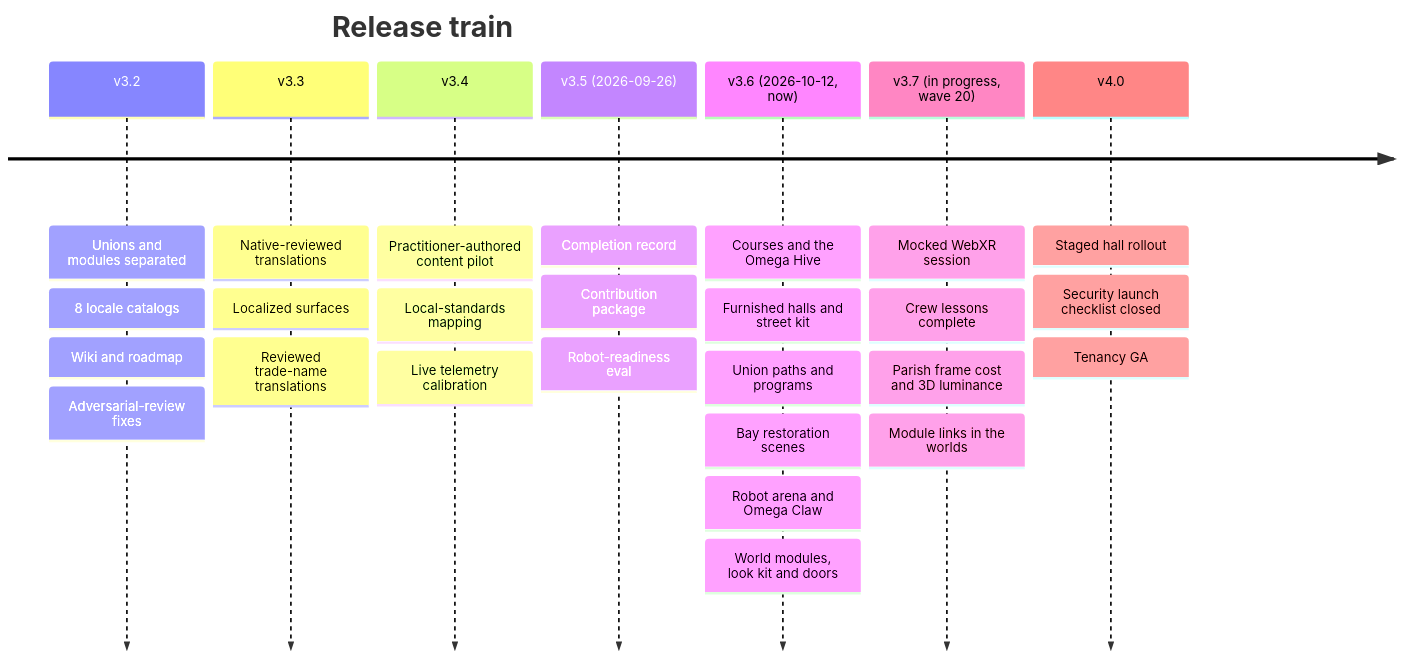
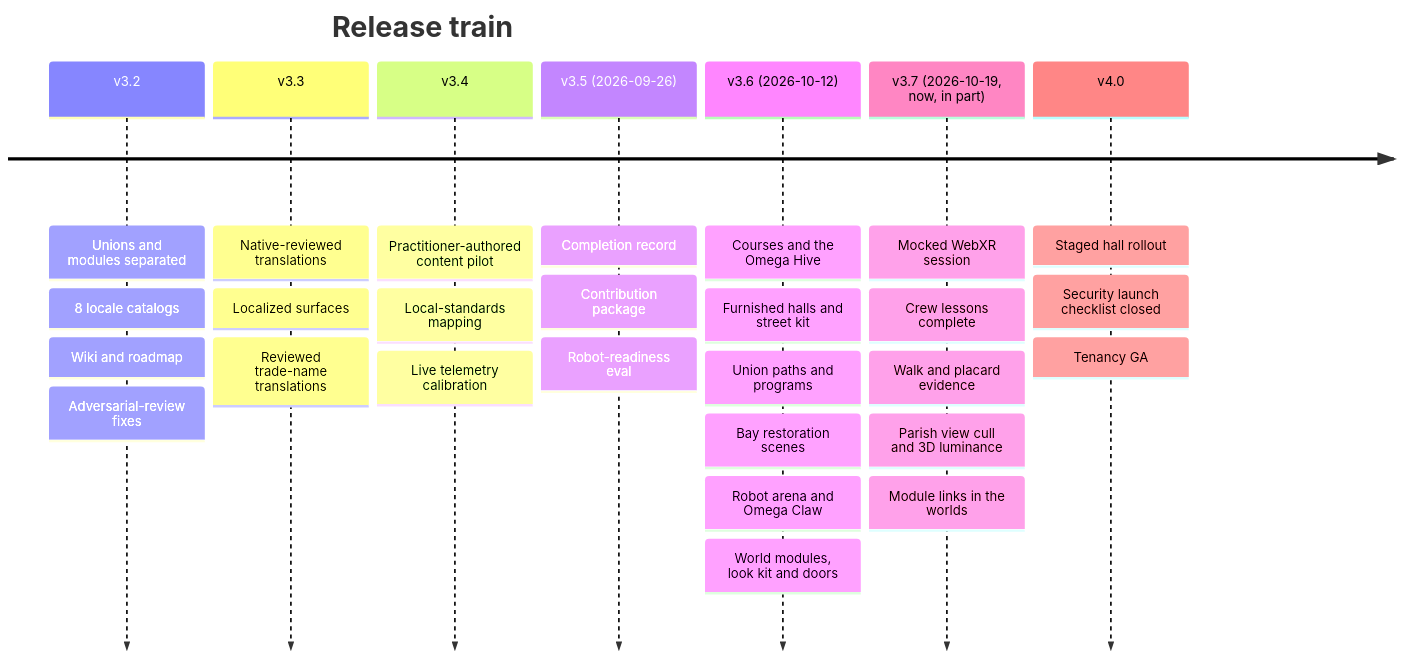
One commit to AGIFutureFoundation/SmartCiti.X changed the diagram in ROADMAP.md. Above: the diagram before and after it, drawn with Mermaid. The commit also changed other lines of this file and 228 other files, not shown here.

````diff
--- a/ROADMAP.md
+++ b/ROADMAP.md
@@ -12,11 +12,11 @@
 ```mermaid
 timeline
     title Release train
     v3.2 : Unions and modules separated : 8 locale catalogs : Wiki and roadmap : Adversarial-review fixes
     v3.3 : Native-reviewed translations : Localized surfaces : Reviewed trade-name translations
     v3.4 : Practitioner-authored content pilot : Local-standards mapping : Live telemetry calibration
     v3.5 (2026-09-26) : Completion record : Contribution package : Robot-readiness eval
-    v3.6 (2026-10-12, now) : Courses and the Omega Hive : Furnished halls and street kit : Union paths and programs : Bay restoration scenes : Robot arena and Omega Claw : World modules, look kit and doors
-    v3.7 (in progress, wave 20) : Mocked WebXR session : Crew lessons complete : Parish frame cost and 3D luminance : Module links in the worlds
+    v3.6 (2026-10-12) : Courses and the Omega Hive : Furnished halls and street kit : Union paths and programs : Bay restoration scenes : Robot arena and Omega Claw : World modules, look kit and doors
+    v3.7 (2026-10-19, now, in part) : Mocked WebXR session : Crew lessons complete : Walk and placard evidence : Parish view cull and 3D luminance : Module links in the worlds
     v4.0 : Staged hall rollout : Security launch checklist closed : Tenancy GA
 ```
````
